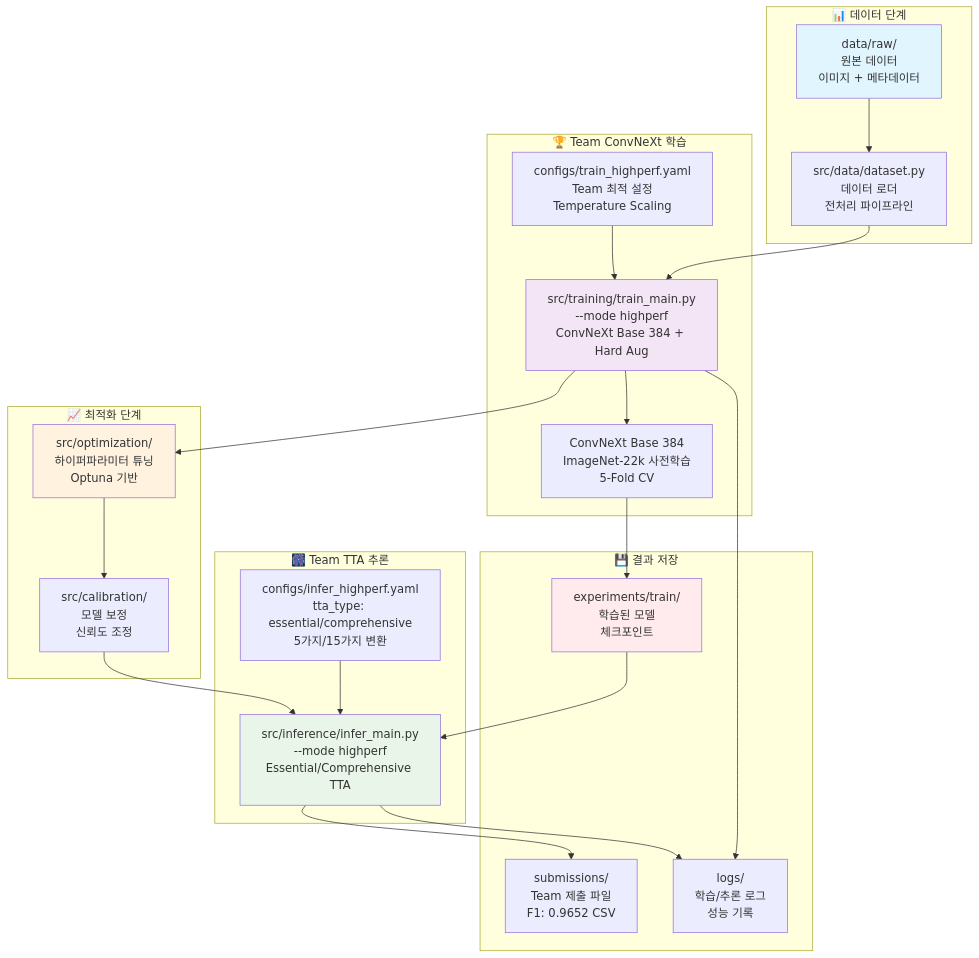
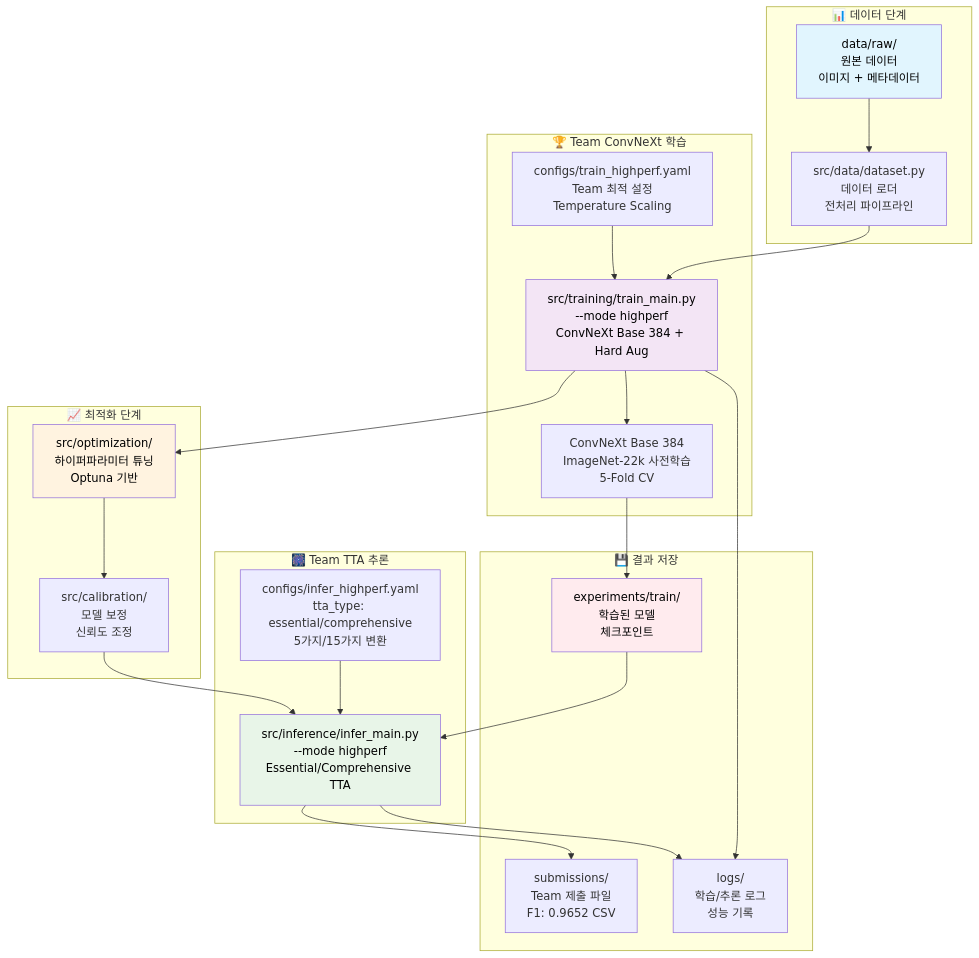
The first of 3 diagrams in docs/파이프라인/전체_파이프라인_가이드.md (nimnusmik/CV_documents_classification_competition), drawn with Mermaid before and after one commit. The commit also changed other lines of this file and 11 other files, not shown here.

Commit message:
docs: mermaid 글자 색상 명확한 검정색으로 수정

````diff
--- a/docs/파이프라인/전체_파이프라인_가이드.md
+++ b/docs/파이프라인/전체_파이프라인_가이드.md
@@ -5,52 +5,52 @@
 ```mermaid
 graph TD
     subgraph "📊 데이터 단계"
         A[data/raw/<br/>원본 데이터<br/>이미지 + 메타데이터]
         B[src/data/dataset.py<br/>데이터 로더<br/>전처리 파이프라인]
     end
     
     subgraph "🏆 Team ConvNeXt 학습"
         C[src/training/train_main.py<br/>--mode highperf<br/>ConvNeXt Base 384 + Hard Aug]
         D[configs/train_highperf.yaml<br/>Team 최적 설정<br/>Temperature Scaling]
         E[ConvNeXt Base 384<br/>ImageNet-22k 사전학습<br/>5-Fold CV]
     end
     
     subgraph "🎆 Team TTA 추론"
         F[src/inference/infer_main.py<br/>--mode highperf<br/>Essential/Comprehensive TTA]
         G[configs/infer_highperf.yaml<br/>tta_type: essential/comprehensive<br/>5가지/15가지 변환]
     end
     
     subgraph "📈 최적화 단계"
         H[src/optimization/<br/>하이퍼파라미터 튜닝<br/>Optuna 기반]
         I[src/calibration/<br/>모델 보정<br/>신뢰도 조정]
     end
     
     subgraph "💾 결과 저장"
         J[experiments/train/<br/>학습된 모델<br/>체크포인트]
         K[submissions/<br/>Team 제출 파일<br/>F1: 0.9652 CSV]
         L[logs/<br/>학습/추론 로그<br/>성능 기록]
     end
     
     A --> B
     B --> C
     D --> C
     C --> E
     E --> J
     
     J --> F
     G --> F
     F --> K
     
     C --> H
     H --> I
     I --> F
     
     C --> L
     F --> L
     
-    style A fill:#e1f5fe
-    style C fill:#f3e5f5
-    style F fill:#e8f5e8
-    style H fill:#fff3e0
-    style J fill:#ffebee
+    style A fill:#e1f5fe, color:#000000
+    style C fill:#f3e5f5, color:#000000
+    style F fill:#e8f5e8, color:#000000
+    style H fill:#fff3e0, color:#000000
+    style J fill:#ffebee, color:#000000
 ```
````
